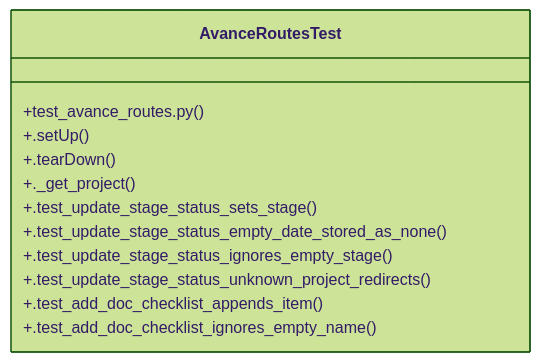
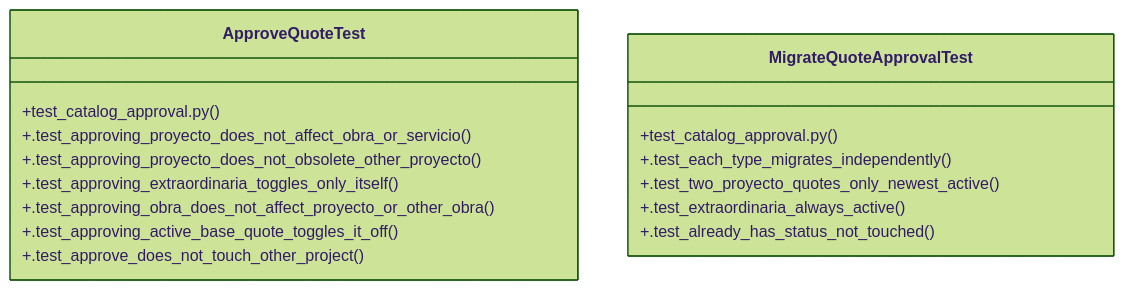
Before and after one commit to Daftrick/ProjectTracker: the diagram in graphify-out/wiki/Community_24.md, drawn with Mermaid (forest theme). The commit also changed other lines of this file and 479 other files, not shown here.

````diff
--- a/graphify-out/wiki/Community_24.md
+++ b/graphify-out/wiki/Community_24.md
@@ -29,15 +31,19 @@
 ```mermaid
 classDiagram
-    class AvanceRoutesTest {
-        +test_avance_routes.py()
-        +.setUp()
-        +.tearDown()
-        +._get_project()
-        +.test_update_stage_status_sets_stage()
-        +.test_update_stage_status_empty_date_stored_as_none()
-        +.test_update_stage_status_ignores_empty_stage()
-        +.test_update_stage_status_unknown_project_redirects()
-        +.test_add_doc_checklist_appends_item()
-        +.test_add_doc_checklist_ignores_empty_name()
+    class ApproveQuoteTest {
+        +test_catalog_approval.py()
+        +.test_approving_proyecto_does_not_affect_obra_or_servicio()
+        +.test_approving_proyecto_does_not_obsolete_other_proyecto()
+        +.test_approving_extraordinaria_toggles_only_itself()
+        +.test_approving_obra_does_not_affect_proyecto_or_other_obra()
+        +.test_approving_active_base_quote_toggles_it_off()
+        +.test_approve_does_not_touch_other_project()
+    }
+    class MigrateQuoteApprovalTest {
+        +test_catalog_approval.py()
+        +.test_each_type_migrates_independently()
+        +.test_two_proyecto_quotes_only_newest_active()
+        +.test_extraordinaria_always_active()
+        +.test_already_has_status_not_touched()
     }
 ```
````
